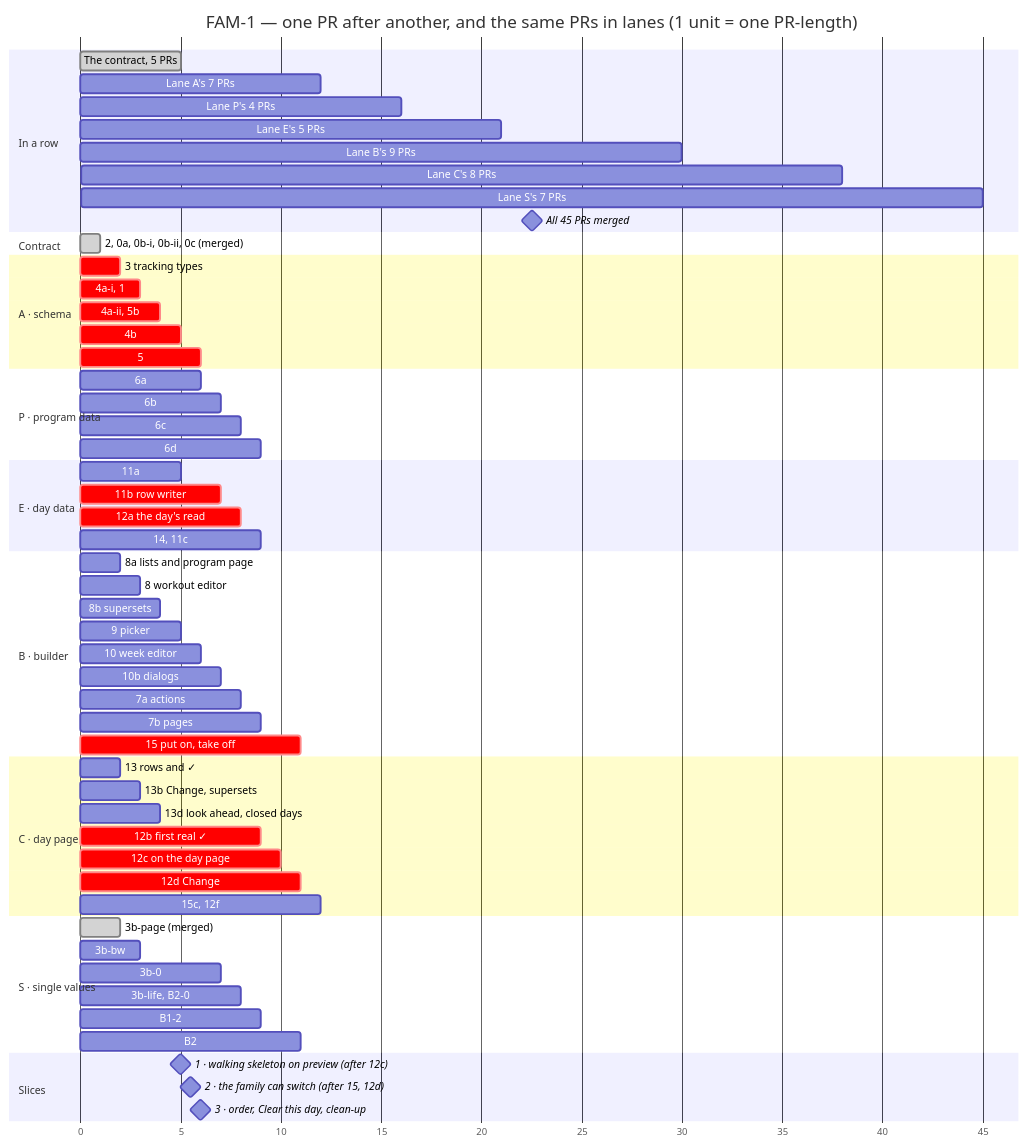
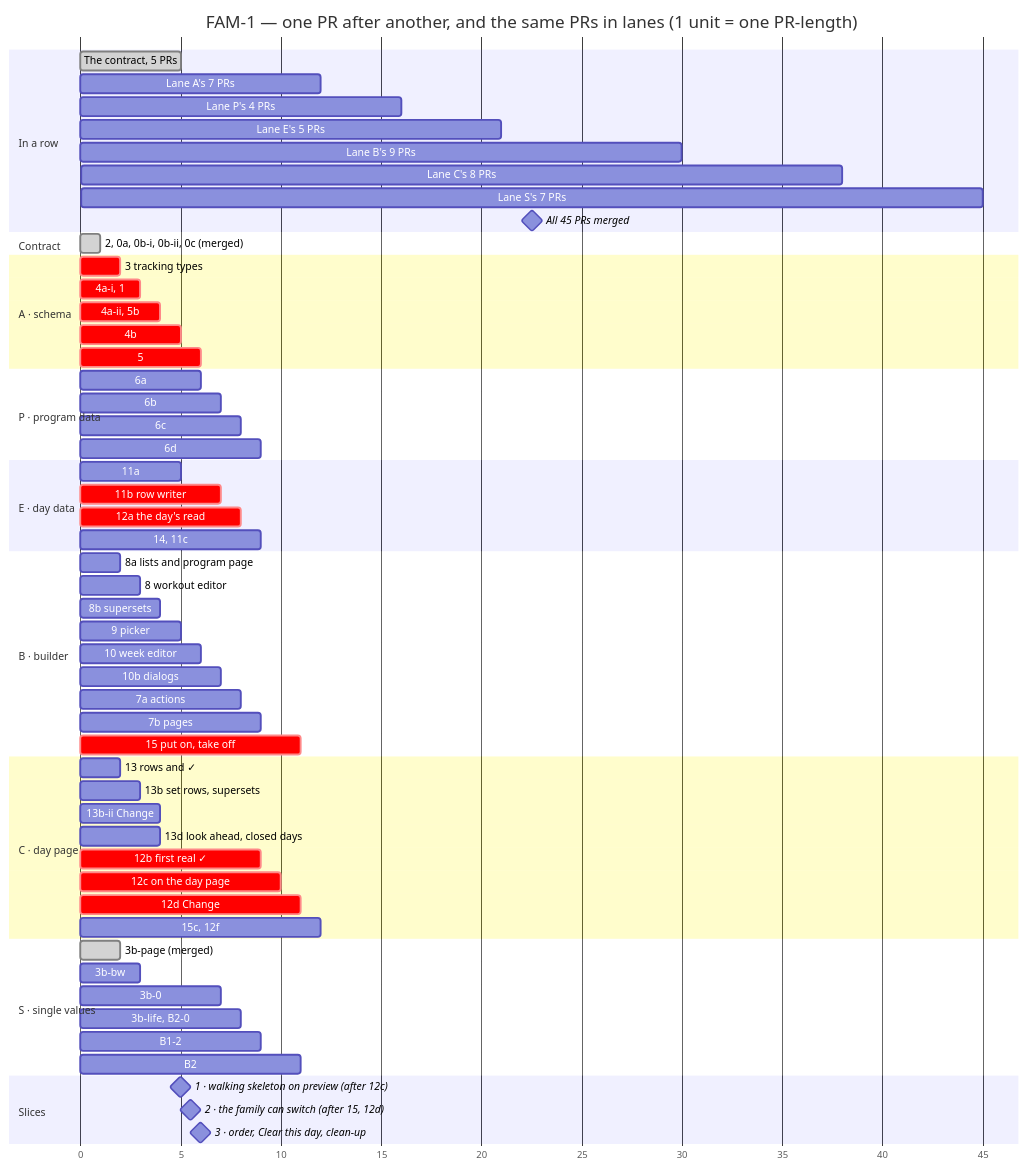
The second of 2 diagrams in docs/milestones/fam-1-family-program.md (ralamode/mat-plan), drawn with Mermaid before and after one commit. The commit also changed 1 other file, not shown here.

Commit message:
docs(fam-1): 13b is split into the rows and 13b-ii (Change); 12d waits for 13b-ii

````diff
--- a/docs/milestones/fam-1-family-program.md
+++ b/docs/milestones/fam-1-family-program.md
@@ -258,72 +258,73 @@
 ```mermaid
 gantt
   title FAM-1 — one PR after another, and the same PRs in lanes (1 unit = one PR-length)
   dateFormat X
   axisFormat %s
   todayMarker off
 
   section In a row
   The contract, 5 PRs          :done, r0, 0, 5
   Lane A's 7 PRs               :r1, 5, 12
   Lane P's 4 PRs               :r2, 12, 16
   Lane E's 5 PRs               :r3, 16, 21
   Lane B's 9 PRs               :r4, 21, 30
   Lane C's 8 PRs               :r5, 30, 38
   Lane S's 7 PRs               :r6, 38, 45
   All 45 PRs merged            :milestone, rm, 45, 45
 
   section Contract
   2, 0a, 0b-i, 0b-ii, 0c (merged) :done, c0, 0, 1
 
   section A · schema
   3 tracking types             :crit, a1, 1, 2
   4a-i, 1                      :crit, a2, 2, 3
   4a-ii, 5b                    :crit, a3, 3, 4
   4b                           :crit, a4, 4, 5
   5                            :crit, a5, 5, 6
 
   section P · program data
   6a                           :p1, 5, 6
   6b                           :p2, 6, 7
   6c                           :p3, 7, 8
   6d                           :p4, 8, 9
 
   section E · day data
   11a                          :e1, 4, 5
   11b row writer               :crit, e2, 5, 7
   12a the day's read           :crit, e3, 7, 8
   14, 11c                      :e4, 8, 9
 
   section B · builder
   8a lists and program page    :b1, 1, 2
   8 workout editor             :b2, 2, 3
   8b supersets                 :b3, 3, 4
   9 picker                     :b4, 4, 5
   10 week editor               :b5, 5, 6
   10b dialogs                  :b6, 6, 7
   7a actions                   :b7, 7, 8
   7b pages                     :b8, 8, 9
   15 put on, take off          :crit, b9, 10, 11
 
   section C · day page
   13 rows and ✓                :c1, 1, 2
-  13b Change, supersets        :c2, 2, 3
+  13b set rows, supersets      :c2, 2, 3
+  13b-ii Change                :c2b, 3, 4
   13d look ahead, closed days  :c3, 3, 4
   12b first real ✓             :crit, c4, 8, 9
   12c on the day page          :crit, c5, 9, 10
   12d Change                   :crit, c6, 10, 11
   15c, 12f                     :c7, 11, 12
 
   section S · single values
   3b-page (merged)             :done, s1, 1, 2
   3b-bw                        :s2, 2, 3
   3b-0                         :s3, 6, 7
   3b-life, B2-0                :s4, 7, 8
   B1-2                         :s5, 8, 9
   B2                           :s6, 10, 11
 
   section Slices
   1 · walking skeleton on preview (after 12c) :milestone, m1, 10, 10
   2 · the family can switch (after 15, 12d)   :milestone, m2, 11, 11
   3 · order, Clear this day, clean-up         :milestone, m3, 12, 12
 ```
````
